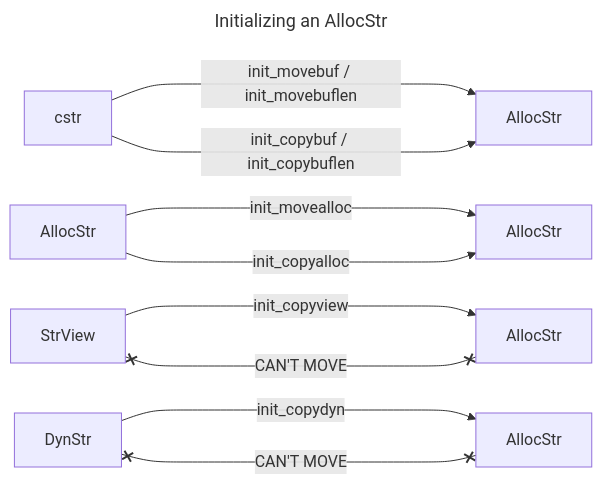
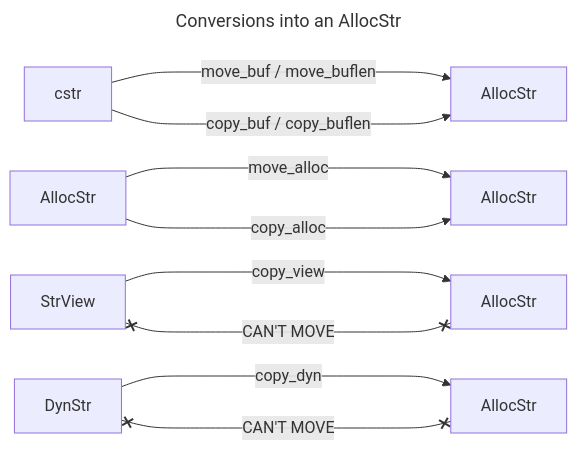
Before and after one commit to kvbc/rylang: the second of 3 diagrams in src/util/str/README.md, drawn with Mermaid. The commit also changed other lines of this file and 11 other files, not shown here.

````diff
--- a/src/util/str/README.md
+++ b/src/util/str/README.md
@@ -22,17 +23,17 @@
 ```mermaid
 ---
-title: Initializing an AllocStr
+title: Conversions into an AllocStr
 ---
 graph LR
-    cstr -- init_movebuf / init_movebuflen ----> A[AllocStr]
-    cstr -- init_copybuf / init_copybuflen ----> A[AllocStr]
+    cstr -- move_buf / move_buflen ----> A[AllocStr]
+    cstr -- copy_buf / copy_buflen ----> A[AllocStr]
 
-    B[AllocStr] -- init_movealloc ----> C[AllocStr]
-    B[AllocStr] -- init_copyalloc ----> C[AllocStr]
+    B[AllocStr] -- move_alloc ----> C[AllocStr]
+    B[AllocStr] -- copy_alloc ----> C[AllocStr]
 
-    StrView -- init_copyview ----> D[AllocStr]
+    StrView -- copy_view ----> D[AllocStr]
     StrView x--x |CAN'T MOVE| D[AllocStr]
 
-    DynStr -- init_copydyn ----> AllocStr
+    DynStr -- copy_dyn ----> AllocStr
     DynStr x--x |CAN'T MOVE| AllocStr
 ```
````
